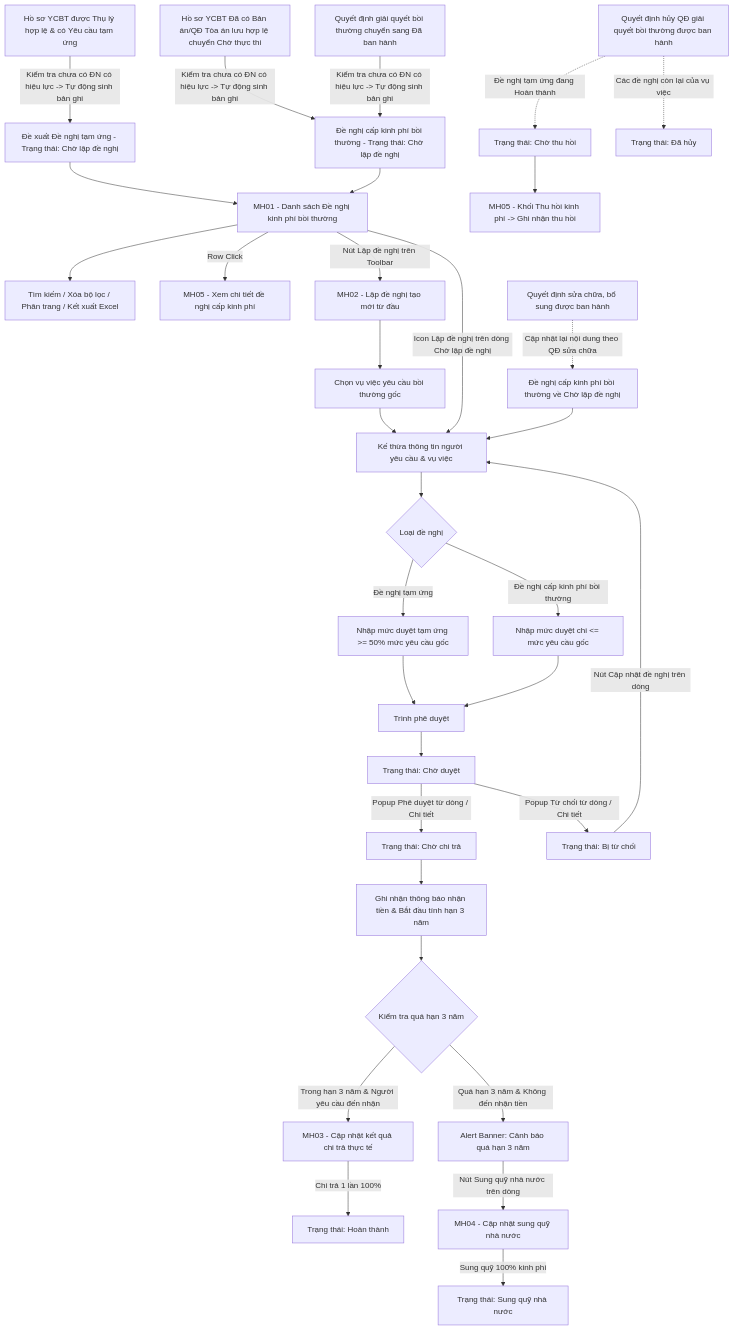
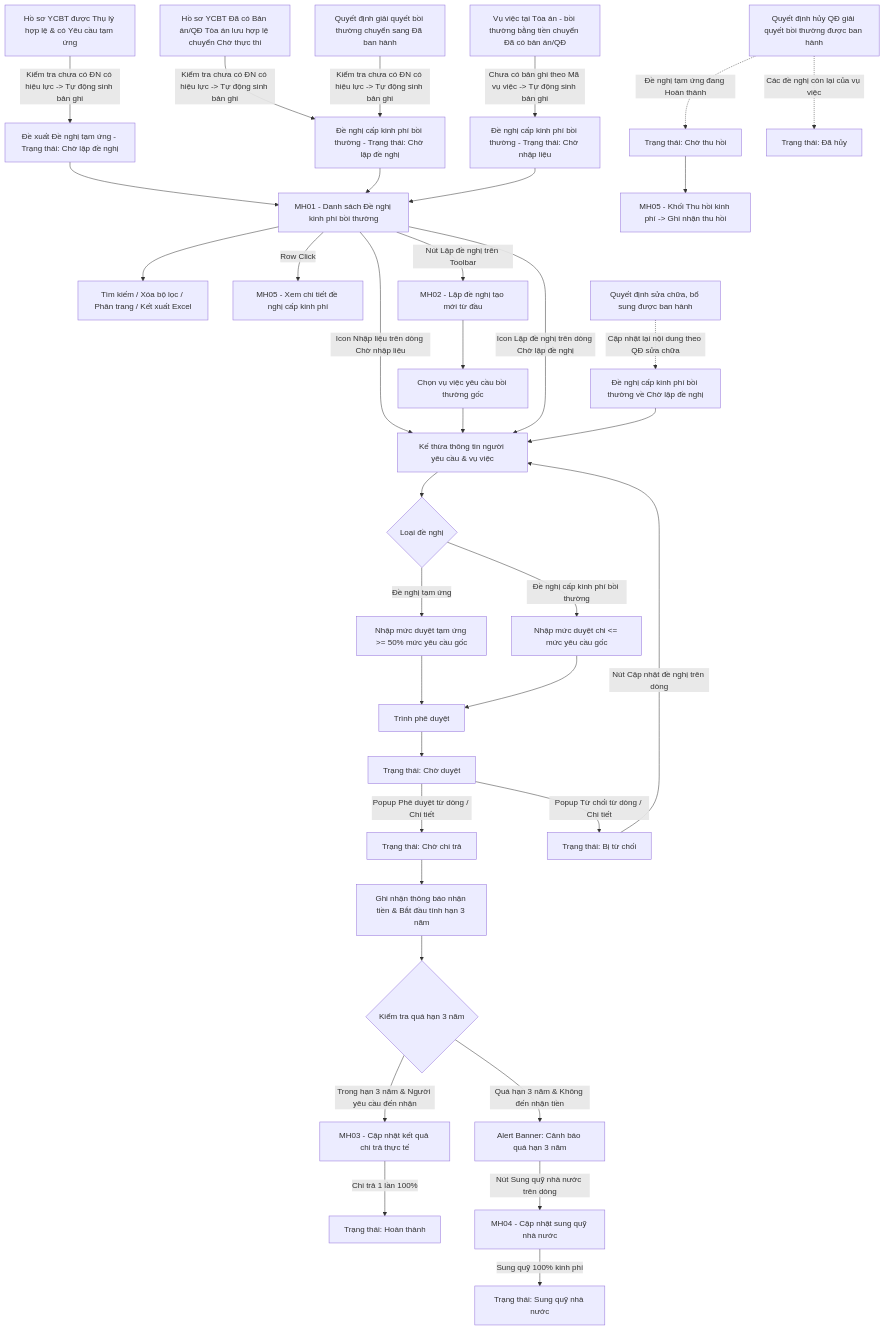
One commit to huyendt2007/BPBD_UI changed the diagram in Tai lieu phan tich/03_Website_Quan_tri/03_Cong_tac_boi_thuong/SRS_BTNN_GiaiQuyetBT_KinhPhi_BT.md. Above: the diagram before and after it, drawn with Mermaid. The commit also changed other lines of this file and 23 other files, not shown here.

````diff
--- a/Tai lieu phan tich/03_Website_Quan_tri/03_Cong_tac_boi_thuong/SRS_BTNN_GiaiQuyetBT_KinhPhi_BT.md
+++ b/Tai lieu phan tich/03_Website_Quan_tri/03_Cong_tac_boi_thuong/SRS_BTNN_GiaiQuyetBT_KinhPhi_BT.md
@@ -37,35 +39,38 @@
 ```mermaid
 flowchart TD
     A0[Hồ sơ YCBT được Thụ lý hợp lệ & có Yêu cầu tạm ứng] -->|Kiểm tra chưa có ĐN có hiệu lực -> Tự động sinh bản ghi| A1[Đề xuất Đề nghị tạm ứng - Trạng thái: Chờ lập đề nghị]
     A02[Hồ sơ YCBT Đã có Bản án/QĐ Tòa án lưu hợp lệ chuyển Chờ thực thi] -->|Kiểm tra chưa có ĐN có hiệu lực -> Tự động sinh bản ghi| A2[Đề nghị cấp kinh phí bồi thường - Trạng thái: Chờ lập đề nghị]
     A03[Quyết định giải quyết bồi thường chuyển sang Đã ban hành] -->|Kiểm tra chưa có ĐN có hiệu lực -> Tự động sinh bản ghi| A2
+    A04[Vụ việc tại Tòa án - bồi thường bằng tiền chuyển Đã có bản án/QĐ] -->|Chưa có bản ghi theo Mã vụ việc -> Tự động sinh bản ghi| A4[Đề nghị cấp kinh phí bồi thường - Trạng thái: Chờ nhập liệu]
     A1 --> A[MH01 - Danh sách Đề nghị kinh phí bồi thường]
     A2 --> A
+    A4 --> A
+    A -->|Icon Nhập liệu trên dòng Chờ nhập liệu| E
     A --> B[Tìm kiếm / Xóa bộ lọc / Phân trang / Kết xuất Excel]
     A -->|Row Click| V[MH05 - Xem chi tiết đề nghị cấp kinh phí]
     A -->|Nút Lập đề nghị trên Toolbar| C[MH02 - Lập đề nghị tạo mới từ đầu]
     C --> D[Chọn vụ việc yêu cầu bồi thường gốc]
     D --> E[Kế thừa thông tin người yêu cầu & vụ việc]
     A -->|Icon Lập đề nghị trên dòng Chờ lập đề nghị| E
     E --> F{Loại đề nghị}
     F -->|Đề nghị tạm ứng| F1[Nhập mức duyệt tạm ứng >= 50% mức yêu cầu gốc]
     F -->|Đề nghị cấp kinh phí bồi thường| F2[Nhập mức duyệt chi <= mức yêu cầu gốc]
     F1 --> G[Trình phê duyệt]
     F2 --> G
     G --> H[Trạng thái: Chờ duyệt]
     H -->|Popup Phê duyệt từ dòng / Chi tiết| J[Trạng thái: Chờ chi trả]
     H -->|Popup Từ chối từ dòng / Chi tiết| K[Trạng thái: Bị từ chối]
     K -->|Nút Cập nhật đề nghị trên dòng| E
     J --> P[Ghi nhận thông báo nhận tiền & Bắt đầu tính hạn 3 năm]
     P --> Q{Kiểm tra quá hạn 3 năm}
     Q -->|Trong hạn 3 năm & Người yêu cầu đến nhận| L[MH03 - Cập nhật kết quả chi trả thực tế]
     L -->|Chi trả 1 lần 100%| N[Trạng thái: Hoàn thành]
     Q -->|Quá hạn 3 năm & Không đến nhận tiền| R[Alert Banner: Cảnh báo quá hạn 3 năm]
     R -->|Nút Sung quỹ nhà nước trên dòng| S[MH04 - Cập nhật sung quỹ nhà nước]
     S -->|Sung quỹ 100% kinh phí| U[Trạng thái: Sung quỹ nhà nước]
     X0[Quyết định hủy QĐ giải quyết bồi thường được ban hành] -.->|Đề nghị tạm ứng đang Hoàn thành| X1[Trạng thái: Chờ thu hồi]
     X0 -.->|Các đề nghị còn lại của vụ việc| X2[Trạng thái: Đã hủy]
     X1 --> X3[MH05 - Khối Thu hồi kinh phí -> Ghi nhận thu hồi]
     Y0[Quyết định sửa chữa, bổ sung được ban hành] -.->|Cập nhật lại nội dung theo QĐ sửa chữa| Y1[Đề nghị cấp kinh phí bồi thường về Chờ lập đề nghị]
     Y1 --> E
 ```
````
